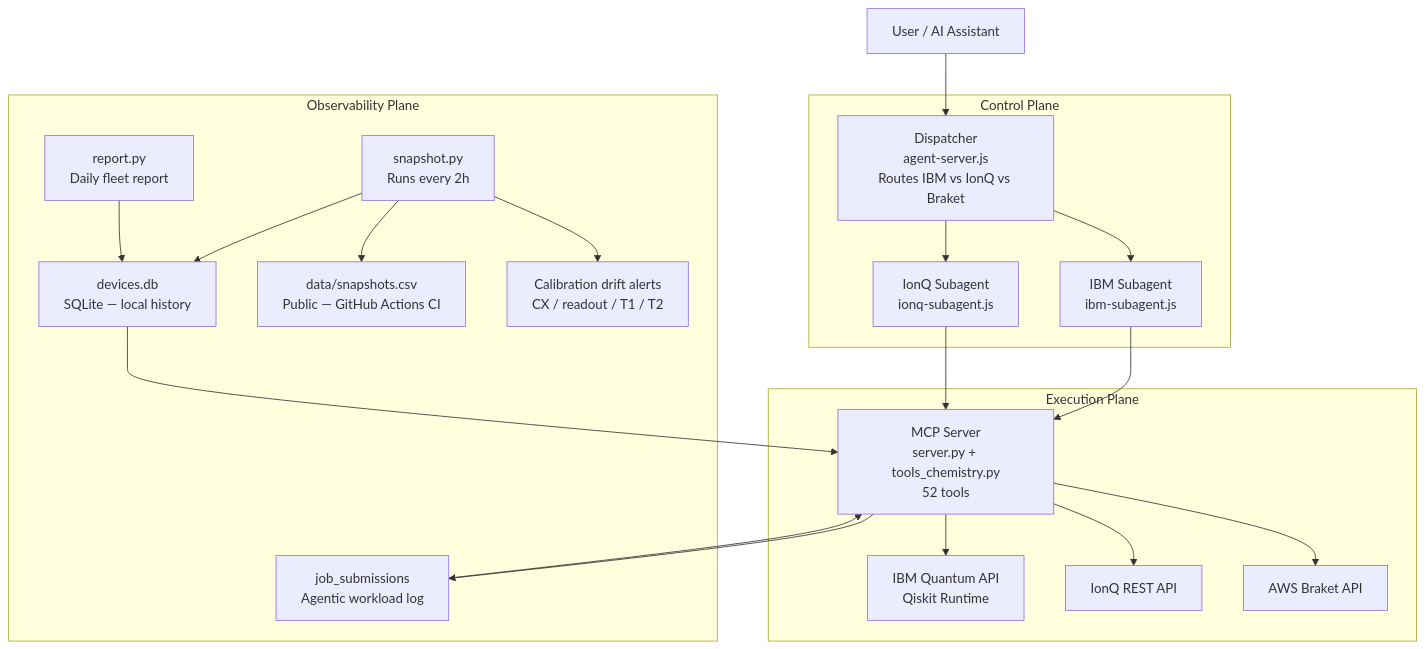
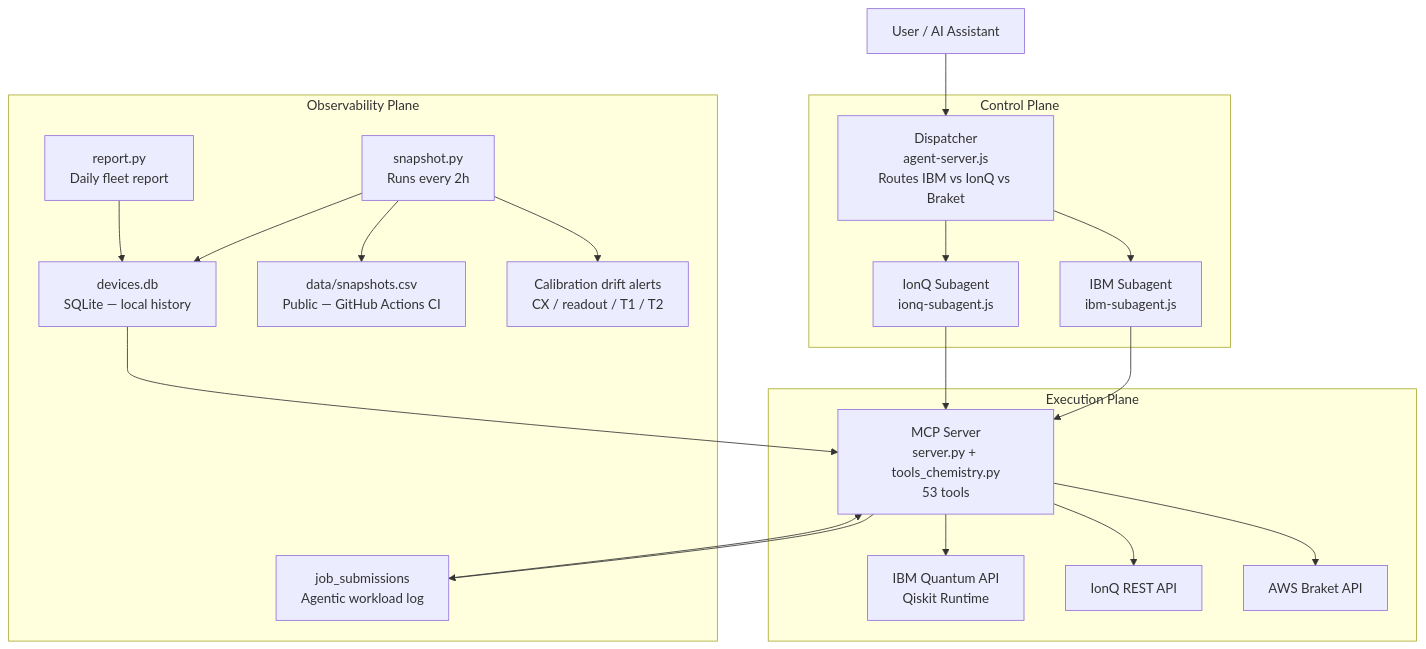
Before and after one commit to Lokesh-2025/quantum-hardware-mcp: the diagram in README.md, drawn with Mermaid. The commit also changed other lines of this file and 3 other files, not shown here.

````diff
--- a/README.md
+++ b/README.md
@@ -62,42 +62,42 @@
 ```mermaid
 graph TD
     User["User / AI Assistant"]
 
     subgraph Control Plane
         Dispatcher["Dispatcher\nagent-server.js\nRoutes IBM vs IonQ vs Braket"]
         IBMAgent["IBM Subagent\nibm-subagent.js"]
         IonQAgent["IonQ Subagent\nionq-subagent.js"]
     end
 
     subgraph Execution Plane
-        MCP["MCP Server\nserver.py + tools_chemistry.py\n52 tools"]
+        MCP["MCP Server\nserver.py + tools_chemistry.py\n53 tools"]
         IBMAPI["IBM Quantum API\nQiskit Runtime"]
         IonQAPI["IonQ REST API"]
         BraketAPI["AWS Braket API"]
     end
 
     subgraph Observability Plane
         Snapshot["snapshot.py\nRuns every 2h"]
         DB["devices.db\nSQLite — local history"]
         CSV["data/snapshots.csv\nPublic — GitHub Actions CI"]
         Jobs["job_submissions\nAgentic workload log"]
         Report["report.py\nDaily fleet report"]
         Alerts["Calibration drift alerts\nCX / readout / T1 / T2"]
     end
 
     User --> Dispatcher
     Dispatcher --> IBMAgent
     Dispatcher --> IonQAgent
     IBMAgent --> MCP
     IonQAgent --> MCP
     MCP --> IBMAPI
     MCP --> IonQAPI
     MCP --> BraketAPI
     Snapshot --> DB
     Snapshot --> CSV
     Snapshot --> Alerts
     MCP --> Jobs
     DB --> MCP
     Jobs --> MCP
     Report --> DB
 ```
````
